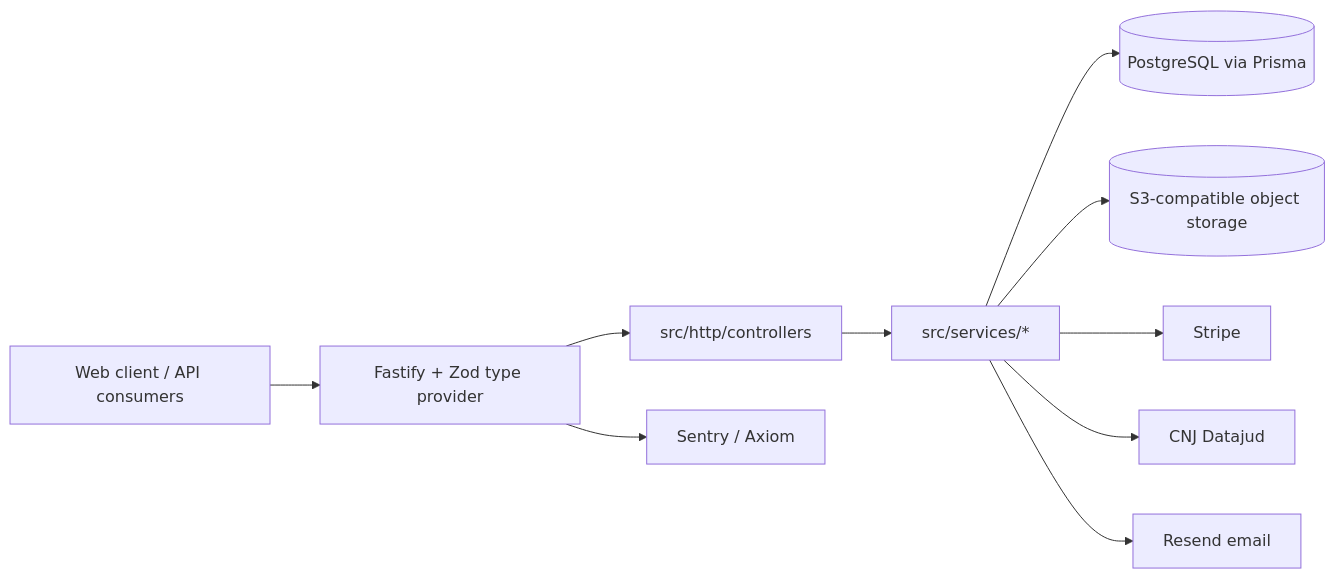
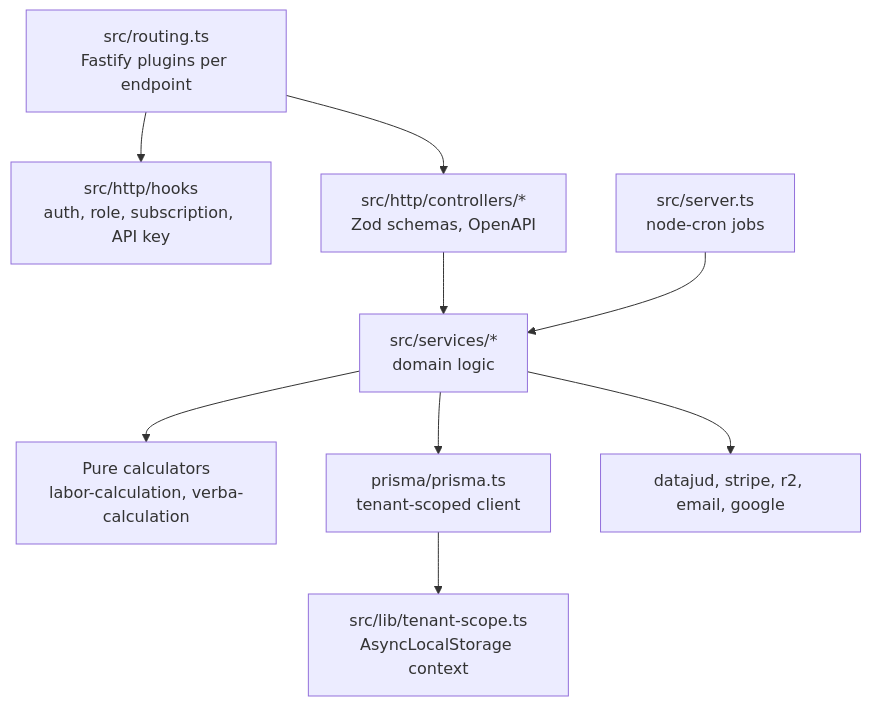
The second of 3 diagrams in README.md (mkwitko/labor-calculations-api), drawn with Mermaid before and after one commit. The commit also changed other lines of this file, not shown here.

Commit message:
docs: presentation README with architecture diagrams

````diff
--- a/README.md
+++ b/README.md
@@ -18,12 +47,11 @@
 ```mermaid
-flowchart LR
-  Client[Web client / API consumers] --> Fastify[Fastify + Zod type provider]
-  Fastify --> Controllers[src/http/controllers]
-  Controllers --> Services[src/services/*]
-  Services --> Prisma[(PostgreSQL via Prisma)]
-  Services --> R2[(S3-compatible object storage)]
-  Services --> Stripe[Stripe]
-  Services --> Datajud[CNJ Datajud]
-  Services --> Resend[Resend email]
-  Fastify --> Sentry[Sentry / Axiom]
+flowchart TB
+  Routes[src/routing.ts<br/>Fastify plugins per endpoint] --> Hooks[src/http/hooks<br/>auth, role, subscription, API key]
+  Routes --> Controllers[src/http/controllers/*<br/>Zod schemas, OpenAPI]
+  Controllers --> Services[src/services/*<br/>domain logic]
+  Services --> Calc[Pure calculators<br/>labor-calculation, verba-calculation]
+  Services --> Prisma[prisma/prisma.ts<br/>tenant-scoped client]
+  Prisma --> Scope[src/lib/tenant-scope.ts<br/>AsyncLocalStorage context]
+  Services --> Adapters[datajud, stripe, r2, email, google]
+  Cron[src/server.ts<br/>node-cron jobs] --> Services
 ```
````
